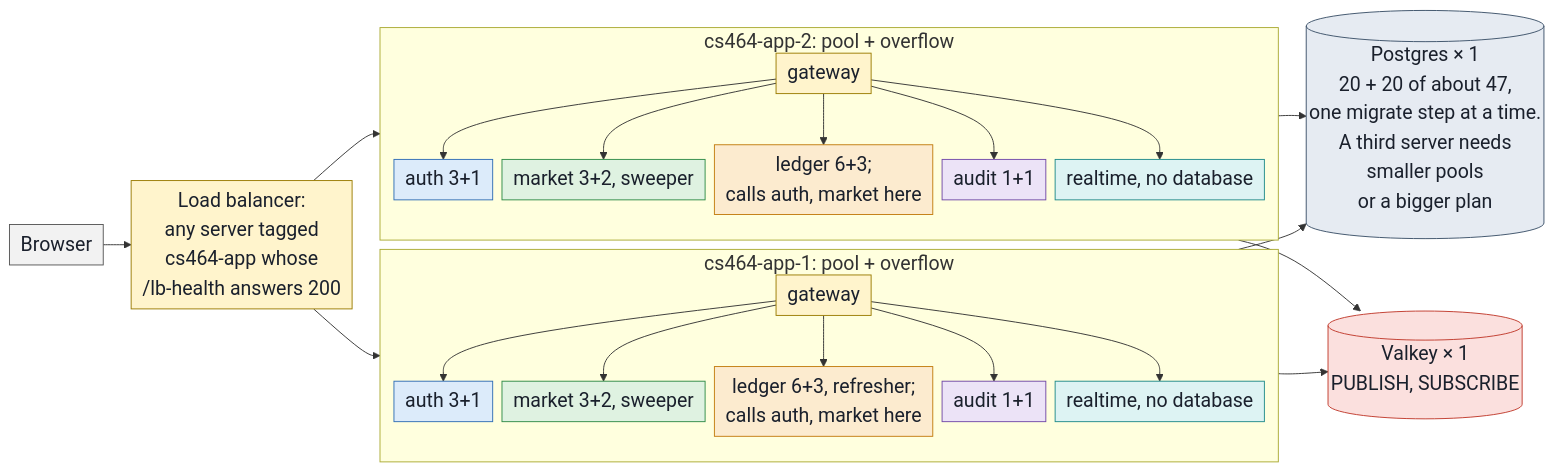
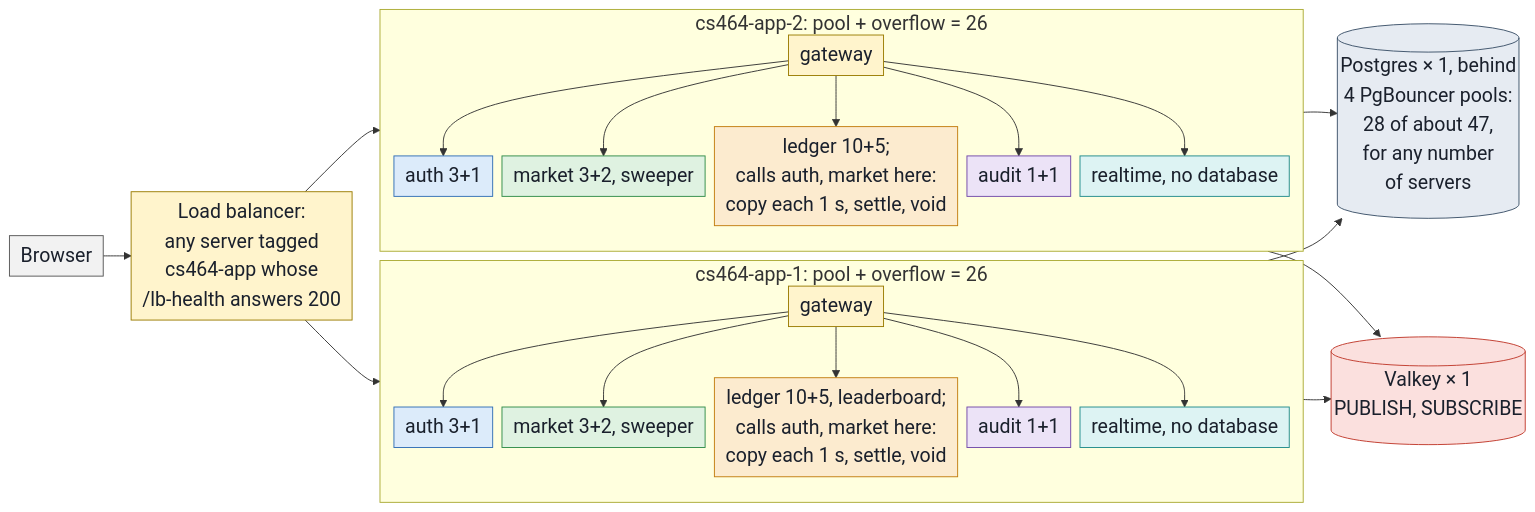
Before and after one commit to decker757/CS464: the diagram in docs/diagrams/10-horizontal-scaling.mmd, drawn with Mermaid. The commit also changed 3 other files, not shown here.

First line of the commit message:
docs(diagrams): 01, 05 and 10 draw the ledger's local copy, and 10 the connection pools

```diff
--- a/docs/diagrams/10-horizontal-scaling.mmd
+++ b/docs/diagrams/10-horizontal-scaling.mmd
@@ -1,75 +1,83 @@
 %% 10 — Two app servers in production: what scales and what does not ([5.3] #19)
-%% Drawn from: ADR 0011, ADR 0020, ADR 0021, ADR 0026, docs/deployment.md,
-%%   deploy/production/{compose.yml,release.sh,migrate.sh}, infra/terraform/{variables,load_balancer}.tf,
-%%   backend/ledger_service/core/config.py, backend/market_service/service/closing.py,
+%% Drawn from: ADR 0011, ADR 0020, ADR 0021, ADR 0026 (and its connection-pool
+%%   amendment), ADR 0030, docs/deployment.md "Connection budget" and "Scaling",
+%%   deploy/production/{compose.yml,release.sh,migrate.sh}, infra/terraform/{variables,load_balancer,databases}.tf,
+%%   backend/ledger_service/core/config.py, backend/ledger_service/main.py,
+%%   backend/ledger_service/service/local_copy.py, backend/market_service/service/closing.py,
 %%   DECISIONS.md "Each service's connection pool is a setting, sized to the database's ceiling"
-%% Pool + overflow per server (compose.yml): auth 3+1, market 3+2, ledger 6+3, audit
-%% 1+1 = 20. Two servers 40, plus 3 migrate steps, against about 47 on the 2 GB plan.
+%% Pool + overflow per server (compose.yml): auth 3+1, market 3+2, ledger 10+5, audit
+%% 1+1 = 26 client connections, onto DigitalOcean's four PgBouncer pools
+%% (databases.tf: auth 6, market 6, ledger 14, audit 2 = 28 of about 47 on the
+%% 2 GB plan), however many servers run. The migrate steps connect directly, one
+%% at a time (migrate.sh), in the room the pools leave.
 %% LEADERBOARD_REFRESH_ENABLED is true on the first server only (release.sh app_env_for).
-%% The ledger's calls reach auth and market on its own server: compose sets no
-%% MARKET_SERVICE_URL or AUTH_SERVICE_URL, so config.py's defaults name those containers.
+%% Both local-copy refreshers run on every ledger, about every second (ADR 0030,
+%% main.py _start_copy_refreshers); a trade calls nobody. They, and the reads and
+%% marks of settle and void, reach auth and market on the ledger's own server:
+%% compose sets no MARKET_SERVICE_URL or AUTH_SERVICE_URL, so config.py's defaults
+%% name those containers.
 %% The local run of the same idea, one host and one nginx, is docs/horizontal-scaling.md.
 %% ELK lays siblings out in reverse source order here, so app-2 is written first.
 %%{init: {"elk": {"lineHops": false, "forceNodeModelOrder": true, "mergeEdges": true}, "flowchart": {"wrappingWidth": 620, "nodeSpacing": 10, "rankSpacing": 30, "padding": 6}, "themeVariables": {"fontSize": "21px"}}}%%
 flowchart LR
     client["Browser"]
     lb["Load balancer:<br/>any server tagged<br/>cs464-app whose<br/>/lb-health answers 200"]
 
-    subgraph s2["cs464-app-2: pool + overflow"]
+    subgraph s2["cs464-app-2: pool + overflow = 26"]
         gw2["gateway"]
         a2["auth 3+1"]
         m2["market 3+2, sweeper"]
-        l2["ledger 6+3;<br/>calls auth, market here"]
+        l2["ledger 10+5;<br/>calls auth, market here:<br/>copy each 1 s, settle, void"]
         u2["audit 1+1"]
         r2["realtime, no database"]
         gw2 --> a2
         gw2 --> m2
         gw2 --> l2
         gw2 --> u2
         gw2 --> r2
     end
 
-    subgraph s1["cs464-app-1: pool + overflow"]
+    subgraph s1["cs464-app-1: pool + overflow = 26"]
         gw1["gateway"]
         a1["auth 3+1"]
         m1["market 3+2, sweeper"]
-        l1["ledger 6+3, refresher;<br/>calls auth, market here"]
+        l1["ledger 10+5, leaderboard;<br/>calls auth, market here:<br/>copy each 1 s, settle, void"]
         u1["audit 1+1"]
         r1["realtime, no database"]
         gw1 --> a1
         gw1 --> m1
         gw1 --> l1
         gw1 --> u1
         gw1 --> r1
     end
 
-    db[("Postgres × 1<br/>20 + 20 of about 47,<br/>one migrate step at a time.<br/>A third server needs<br/>smaller pools<br/>or a bigger plan")]
+    db[("Postgres × 1, behind<br/>4 PgBouncer pools:<br/>28 of about 47,<br/>for any number<br/>of servers")]
     bus[("Valkey × 1<br/>PUBLISH, SUBSCRIBE")]
 
     client --> lb
     lb --> s2
     lb --> s1
     s2 --> db
     s1 --> db
     s2 --> bus
     s1 --> bus
 
     classDef browser  fill:#F2F2F2,stroke:#555555,color:#1A202C
     classDef edge     fill:#FFF4CC,stroke:#9A7B00,color:#1A202C
     classDef auth     fill:#DCEBFA,stroke:#2F6DB5,color:#1A202C
     classDef market   fill:#DFF2E1,stroke:#2E8B47,color:#1A202C
     classDef ledger   fill:#FCEBCF,stroke:#C27C0E,color:#1A202C
     classDef audit    fill:#ECE3F7,stroke:#7048A8,color:#1A202C
     classDef realtime fill:#DDF3F3,stroke:#1F8A8A,color:#1A202C
     classDef pg       fill:#E6EBF2,stroke:#3B5068,color:#1A202C
     classDef redis    fill:#FBE0DE,stroke:#C0392B,color:#1A202C
 
     class client browser
     class lb,gw1,gw2 edge
     class a1,a2 auth
     class m1,m2 market
     class l1,l2 ledger
     class u1,u2 audit
     class r1,r2 realtime
     class db pg
     class bus redis
```
